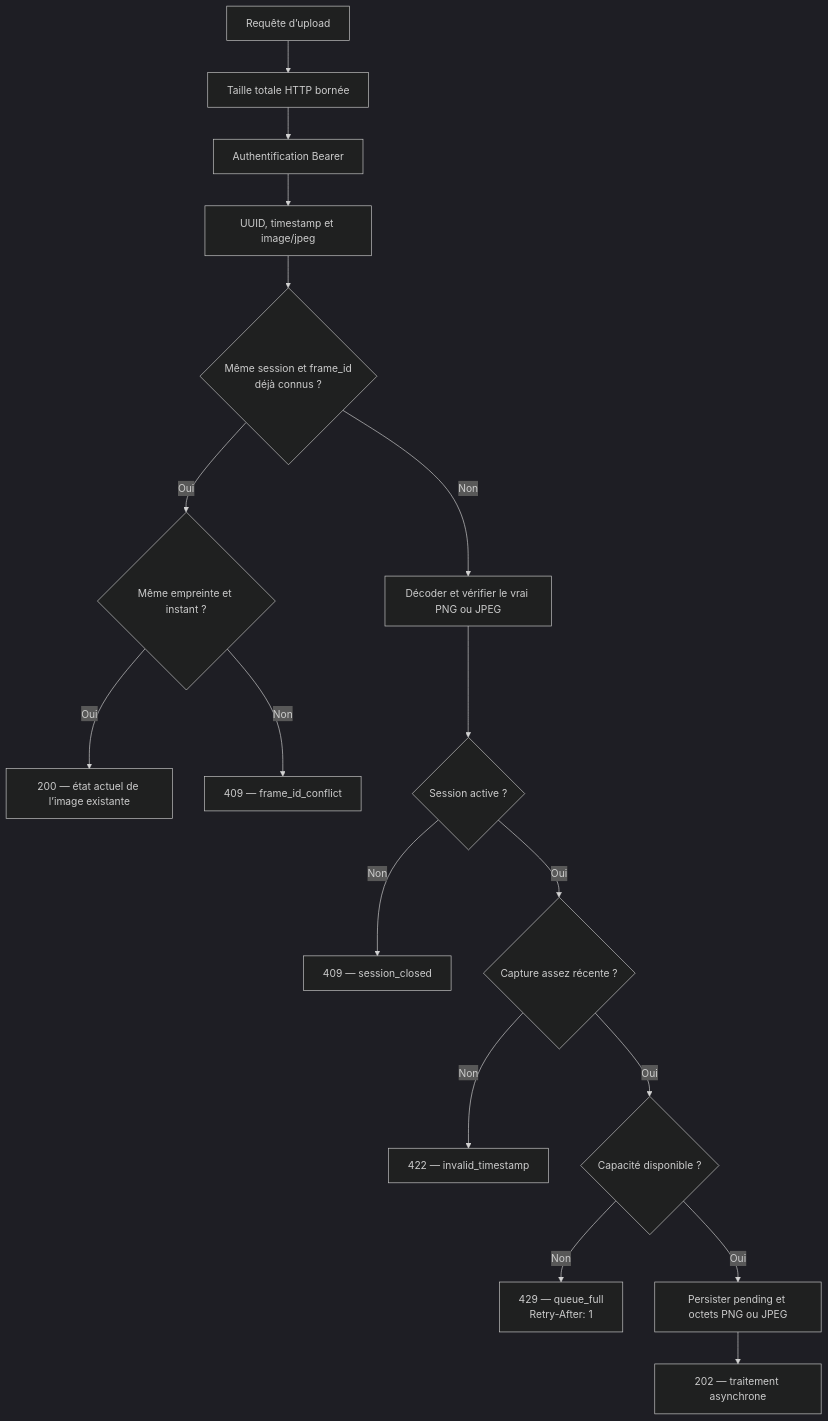
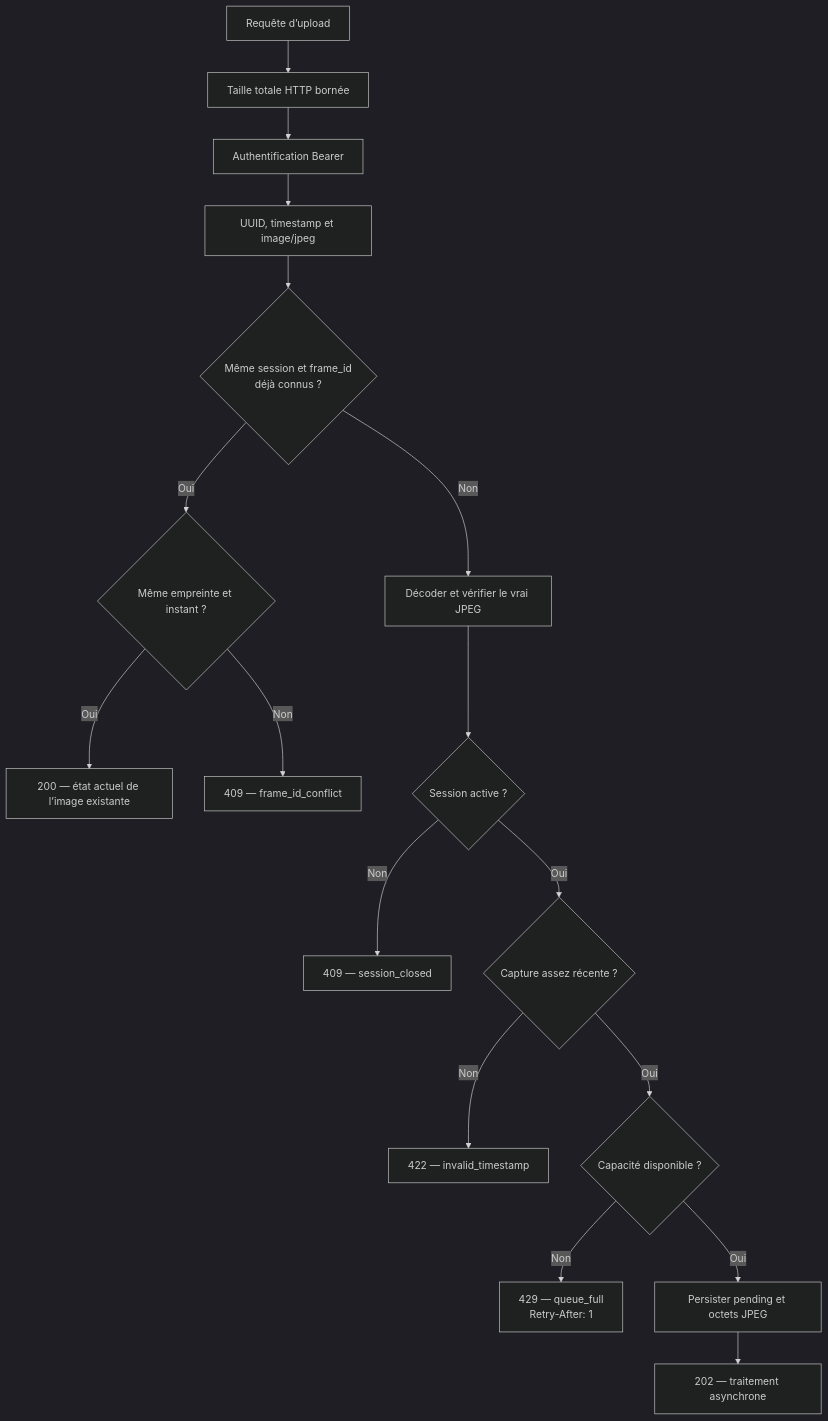
One commit to Mindsept/Looki--Vision changed the second of 8 diagrams in docs/03-contrats-et-flux.md. Above: the diagram before and after it, drawn with Mermaid (dark theme). The commit also changed other lines of this file and 26 other files, not shown here.

````diff
--- a/docs/03-contrats-et-flux.md
+++ b/docs/03-contrats-et-flux.md
@@ -40,19 +40,19 @@
 ```mermaid
 flowchart TD
     Request[Requête d’upload] --> Body[Taille totale HTTP bornée]
     Body --> Auth[Authentification Bearer]
     Auth --> Params[UUID, timestamp et image/jpeg]
     Params --> Existing{Même session et frame_id<br/>déjà connus ?}
     Existing -->|Oui| Equal{Même empreinte et instant ?}
     Equal -->|Oui| Previous[200 — état actuel de l’image existante]
     Equal -->|Non| Conflict[409 — frame_id_conflict]
-    Existing -->|Non| Decode[Décoder et vérifier le vrai PNG ou JPEG]
+    Existing -->|Non| Decode[Décoder et vérifier le vrai JPEG]
     Decode --> Active{Session active ?}
     Active -->|Non| Closed[409 — session_closed]
     Active -->|Oui| Fresh{Capture assez récente ?}
     Fresh -->|Non| Timestamp[422 — invalid_timestamp]
     Fresh -->|Oui| Capacity{Capacité disponible ?}
     Capacity -->|Non| Full[429 — queue_full<br/>Retry-After: 1]
-    Capacity -->|Oui| Save[Persister pending et octets PNG ou JPEG]
+    Capacity -->|Oui| Save[Persister pending et octets JPEG]
     Save --> Accepted[202 — traitement asynchrone]
 ```
````
